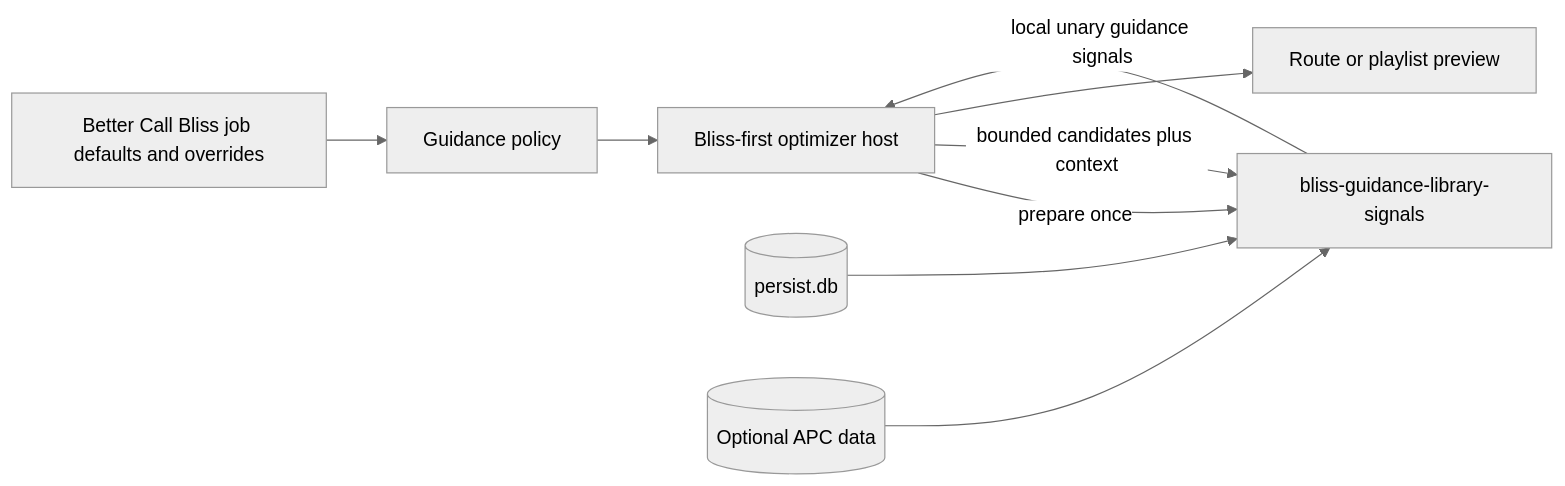
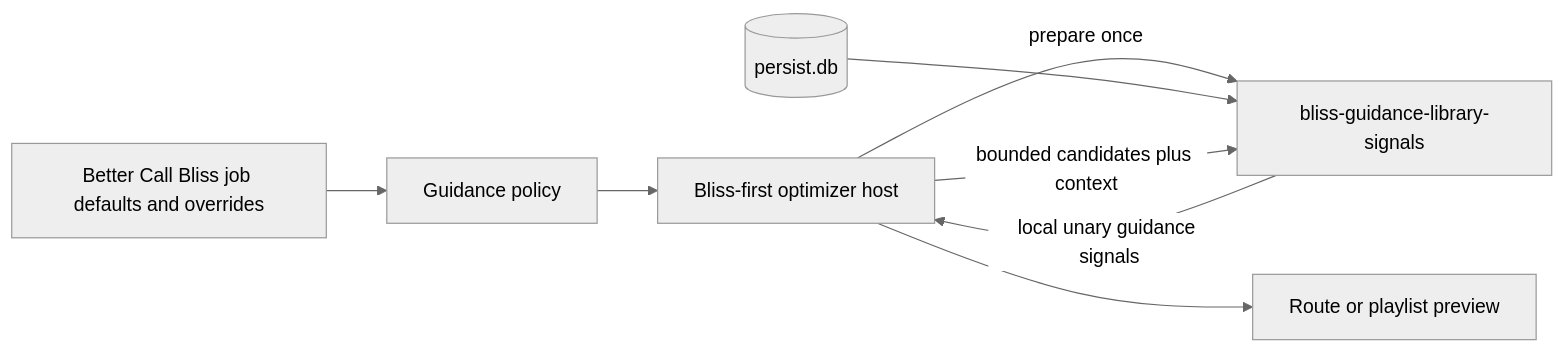
One commit to chrober/bliss-similarity-design changed the diagram in LOCAL_LIBRARY_GUIDANCE_PLAN.md. Above: the diagram before and after it, drawn with Mermaid (neutral theme). The commit also changed other lines of this file, not shown here.

Commit message:
docs: scope local guidance to standard Lyrion data

````diff
--- a/LOCAL_LIBRARY_GUIDANCE_PLAN.md
+++ b/LOCAL_LIBRARY_GUIDANCE_PLAN.md
@@ -82,11 +75,10 @@
 ```mermaid
 flowchart LR
     B[Better Call Bliss job defaults and overrides] --> P[Guidance policy]
     P --> O[Bliss-first optimizer host]
     O -->|prepare once| G[bliss-guidance-library-signals]
     L[(persist.db)] --> G
-    A[(Optional APC data)] --> G
     O -->|bounded candidates plus context| G
     G -->|local unary guidance signals| O
     O --> R[Route or playlist preview]
 ```
````
